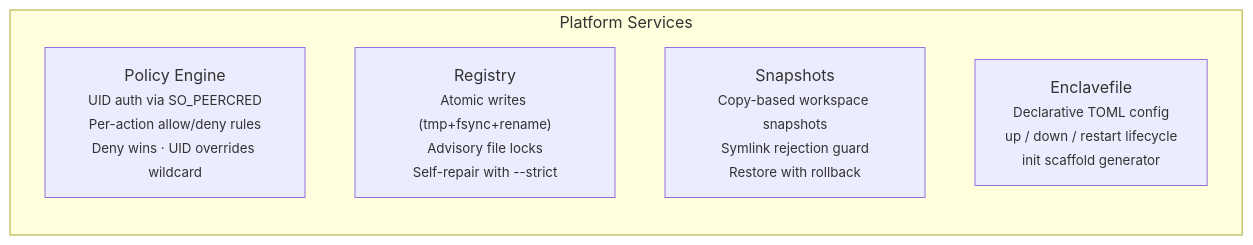
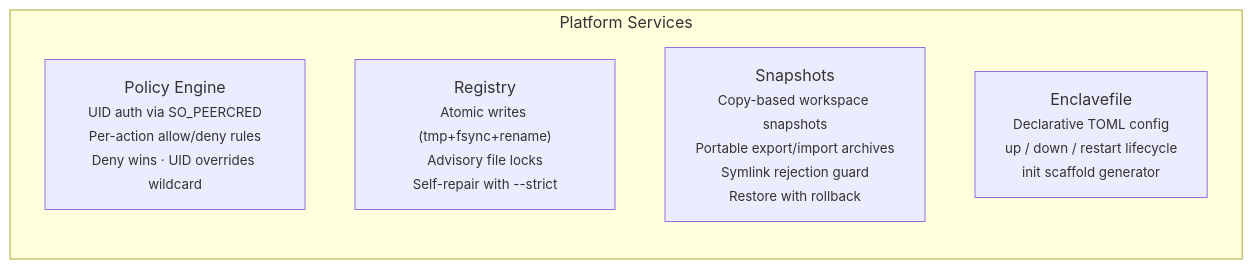
The fifth of 5 diagrams in docs/architecture.md (ayomidelog/enclave), drawn with Mermaid before and after one commit. The commit also changed 13 other files, not shown here.

First line of the commit message:
feat: add portable workspace snapshot archives

````diff
--- a/docs/architecture.md
+++ b/docs/architecture.md
@@ -101,9 +101,9 @@
 ```mermaid
 graph LR
     subgraph Services["Platform Services"]
         PE["Policy Engine<br/><small>UID auth via SO_PEERCRED<br/>Per-action allow/deny rules<br/>Deny wins · UID overrides wildcard</small>"]
         RG["Registry<br/><small>Atomic writes (tmp+fsync+rename)<br/>Advisory file locks<br/>Self-repair with --strict</small>"]
-        SN["Snapshots<br/><small>Copy-based workspace snapshots<br/>Symlink rejection guard<br/>Restore with rollback</small>"]
+        SN["Snapshots<br/><small>Copy-based workspace snapshots<br/>Portable export/import archives<br/>Symlink rejection guard<br/>Restore with rollback</small>"]
         EF["Enclavefile<br/><small>Declarative TOML config<br/>up / down / restart lifecycle<br/>init scaffold generator</small>"]
     end
 ```
````
